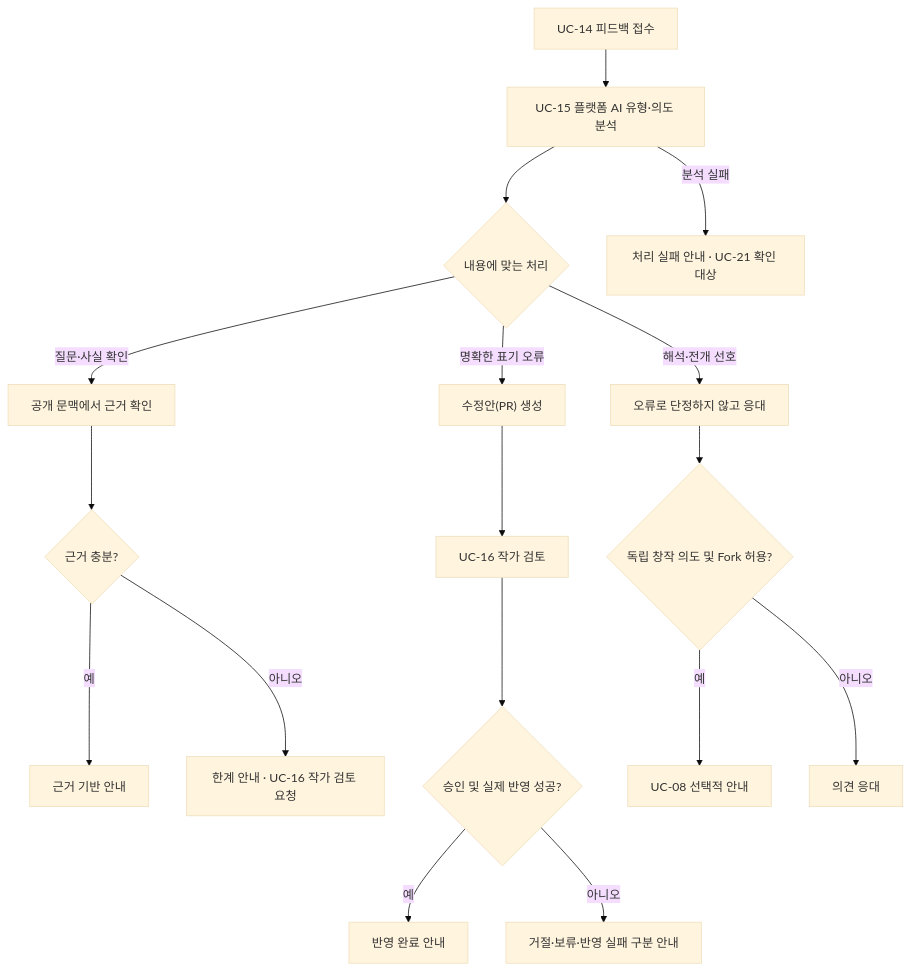
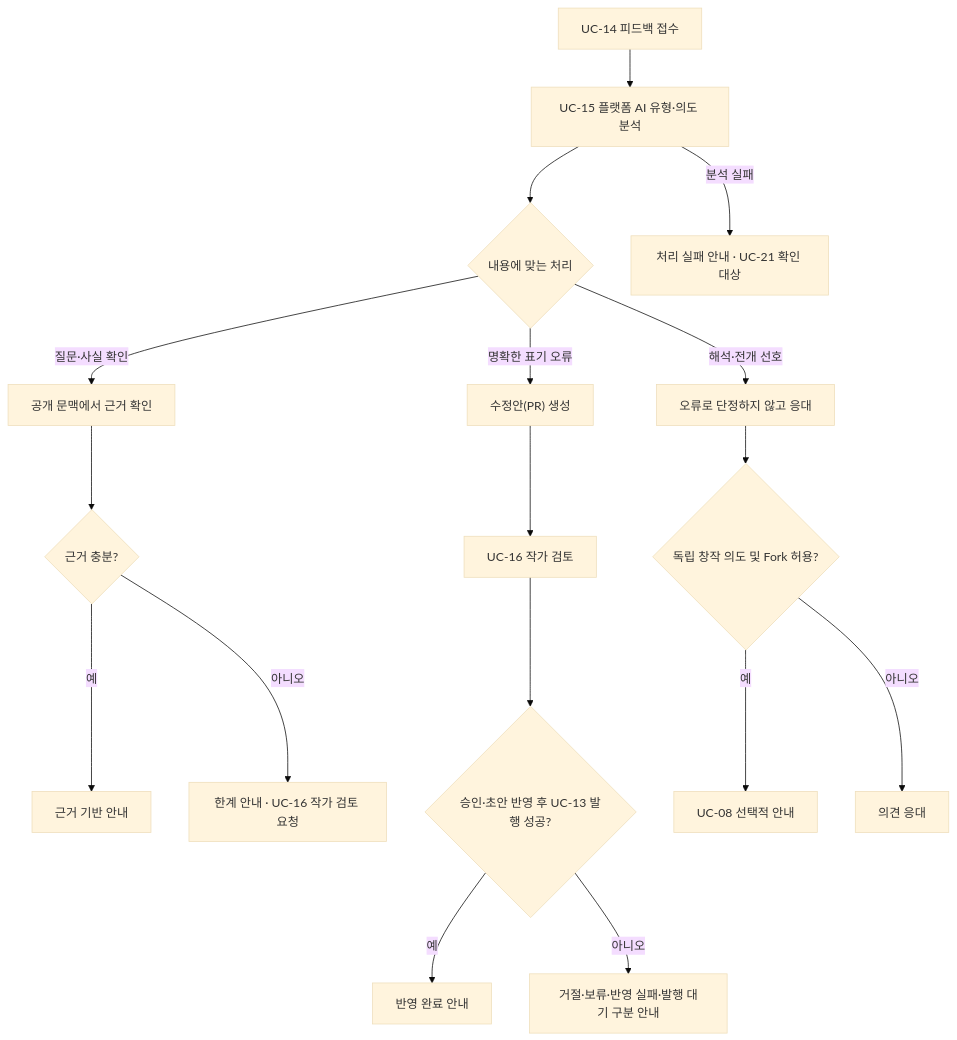
Before and after one commit to SKNETWORKS-FAMILY-AICAMP/SKN34-FINAL-4TEAM: the ninth of 9 diagrams in docs/usecase.md, drawn with Mermaid (base theme). The commit also changed other lines of this file and 1 other file, not shown here.

````diff
--- a/docs/usecase.md
+++ b/docs/usecase.md
@@ -433,19 +432,19 @@
 ```mermaid
 flowchart TD
   A["UC-14 피드백 접수"] --> B["UC-15 플랫폼 AI 유형·의도 분석"]
   B --> C{"내용에 맞는 처리"}
   C -->|"질문·사실 확인"| D["공개 문맥에서 근거 확인"]
   D --> E{"근거 충분?"}
   E -->|"예"| F["근거 기반 안내"]
   E -->|"아니오"| G["한계 안내 · UC-16 작가 검토 요청"]
   C -->|"명확한 표기 오류"| H["수정안(PR) 생성"]
   H --> I["UC-16 작가 검토"]
-  I --> J{"승인 및 실제 반영 성공?"}
+  I --> J{"승인·초안 반영 후 UC-13 발행 성공?"}
   J -->|"예"| K["반영 완료 안내"]
-  J -->|"아니오"| L["거절·보류·반영 실패 구분 안내"]
+  J -->|"아니오"| L["거절·보류·반영 실패·발행 대기 구분 안내"]
   C -->|"해석·전개 선호"| M["오류로 단정하지 않고 응대"]
   M --> N{"독립 창작 의도 및 Fork 허용?"}
   N -->|"예"| O["UC-08 선택적 안내"]
   N -->|"아니오"| P["의견 응대"]
   B -->|"분석 실패"| Q["처리 실패 안내 · UC-21 확인 대상"]
 ```
````
